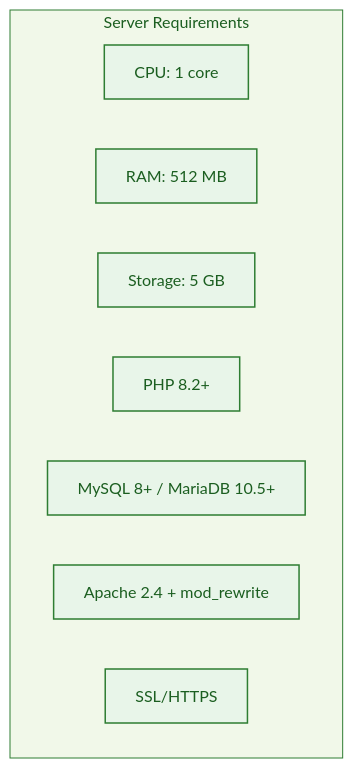
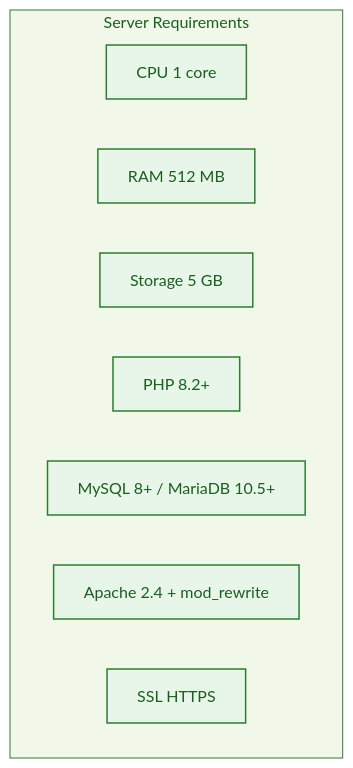
Diagram 15 of 19 in README.md (sekarpratama/project1), drawn with Mermaid before and after one commit. The commit also changed other lines of this file, not shown here.

````diff
--- a/README.md
+++ b/README.md
@@ -924,15 +975,15 @@
 ```mermaid
 flowchart TB
     subgraph SERVER["Server Requirements"]
-        A["CPU: 1 core"]:::server
-        B["RAM: 512 MB"]:::server
-        C["Storage: 5 GB"]:::server
+        A["CPU 1 core"]:::server
+        B["RAM 512 MB"]:::server
+        C["Storage 5 GB"]:::server
         D["PHP 8.2+"]:::server
         E["MySQL 8+ / MariaDB 10.5+"]:::server
         F["Apache 2.4 + mod_rewrite"]:::server
-        G["SSL/HTTPS"]:::server
+        G["SSL HTTPS"]:::server
     end
 
     classDef server fill:#e8f5e9,stroke:#2e7d32,stroke-width:1.5px,color:#1b5e20
     style SERVER fill:#f1f8e9,stroke:#2e7d32,color:#1b5e20
 ```
````
